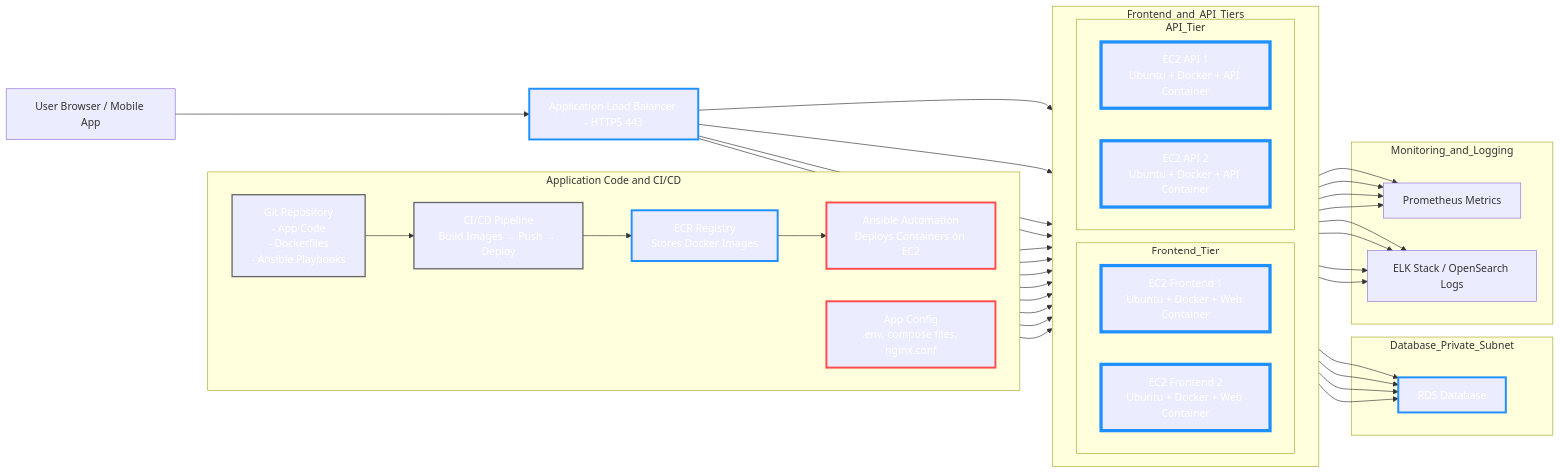
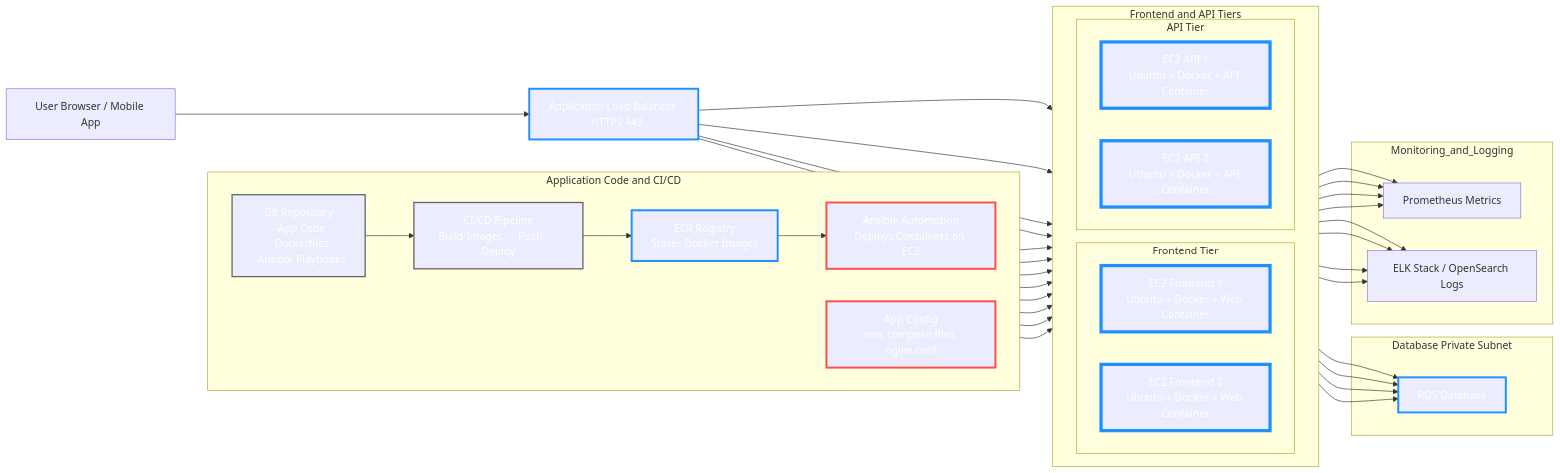
One commit to uploadtigris/project_CloudChef changed the diagram in README.md. Above: the diagram before and after it, drawn with Mermaid.

```diff
--- a/README.md
+++ b/README.md
@@ -52,17 +52,17 @@
     %% ============================================================
     %% Frontend + API (Grouped Tightly)
     %% ============================================================
-    subgraph Frontend_and_API_Tiers
+    subgraph Frontend and API Tiers
         direction LR
 
         %% Frontend Tier
-        subgraph Frontend_Tier
+        subgraph Frontend Tier
             FTG1["EC2 Frontend 1<br>Ubuntu + Docker + Web Container"]
             FTG2["EC2 Frontend 2<br>Ubuntu + Docker + Web Container"]
         end
 
         %% API Tier
-        subgraph API_Tier
+        subgraph API Tier
             APITG1["EC2 API 1<br>Ubuntu + Docker + API Container"]
             APITG2["EC2 API 2<br>Ubuntu + Docker + API Container"]
         end
@@ -77,7 +77,7 @@
     %% ============================================================
     %% Database Layer
     %% ============================================================
-    subgraph Database_Private_Subnet
+    subgraph Database Private Subnet
         RDS["RDS Database"]
     end
 
```
